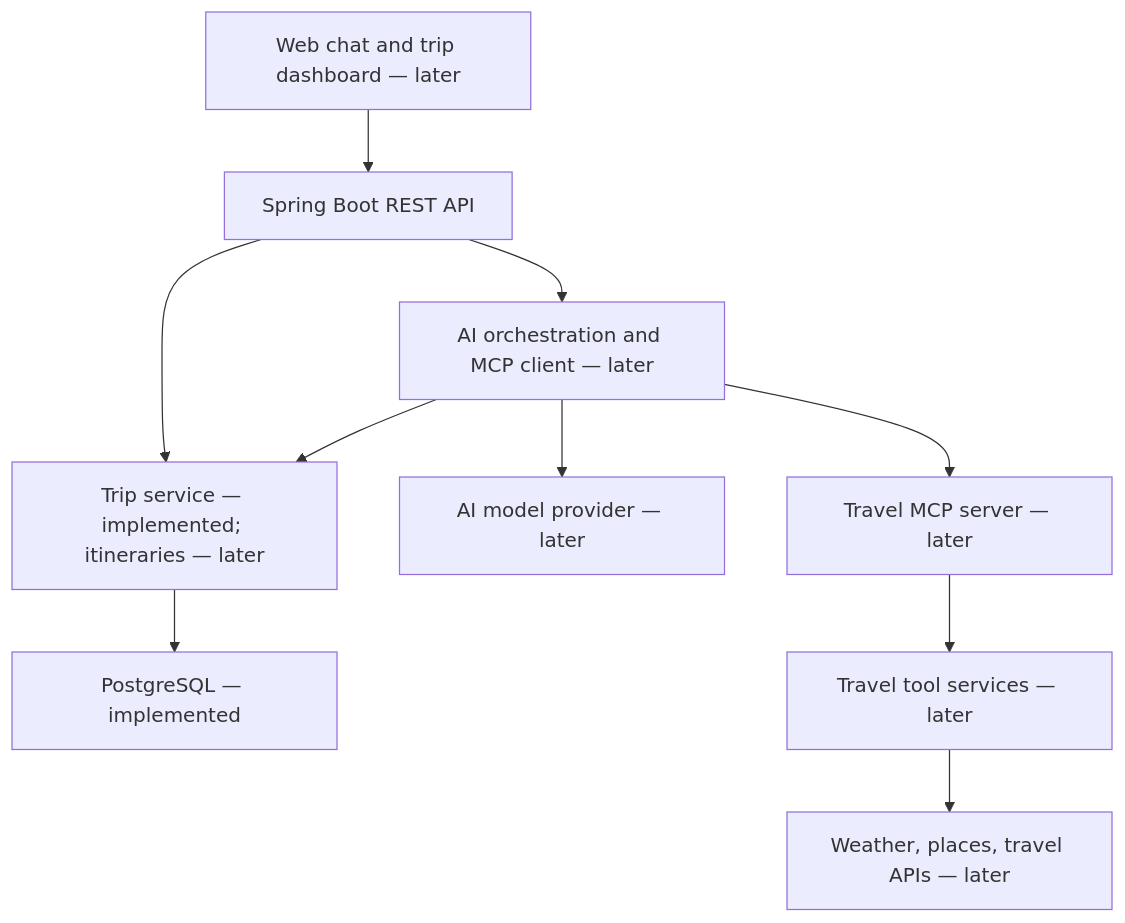
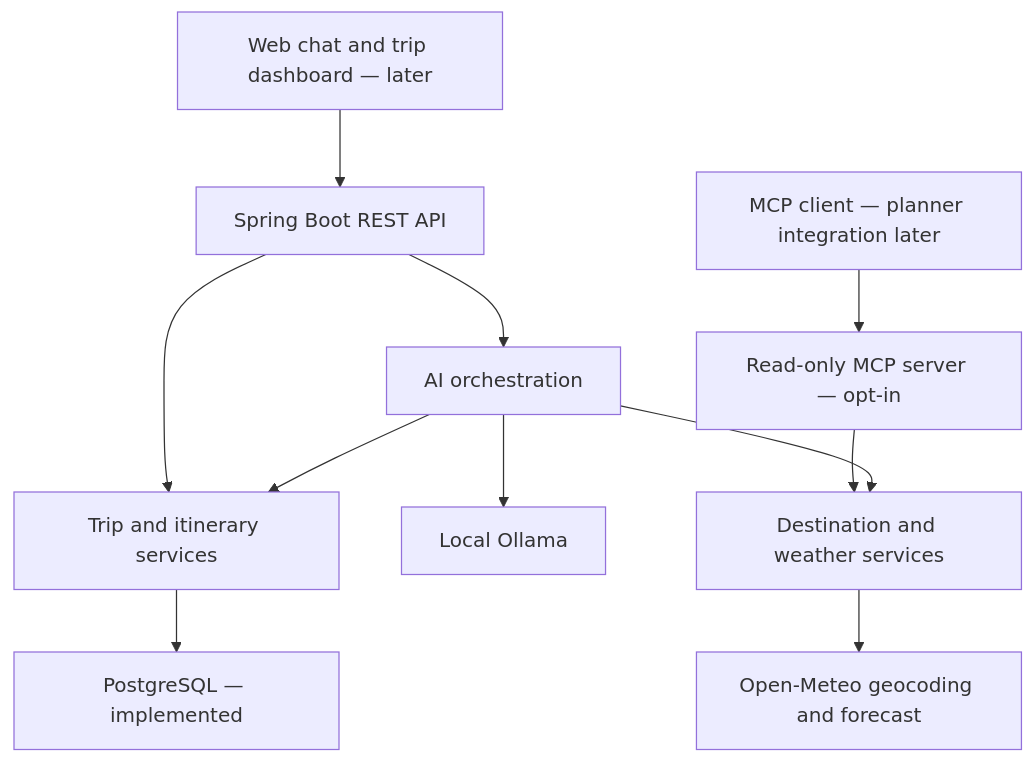
The diagram in docs/ARCHITECTURE.md (rounak120/ai-travel-planner), drawn with Mermaid before and after one commit. The commit also changed other lines of this file and 13 other files, not shown here.

Commit message:
Expose opt-in read-only travel MCP tools with local origin guards

````diff
--- a/docs/ARCHITECTURE.md
+++ b/docs/ARCHITECTURE.md
@@ -42,12 +43,13 @@
 ```mermaid
 flowchart TD
     UI["Web chat and trip dashboard — later"] --> API["Spring Boot REST API"]
-    API --> Trips["Trip service — implemented; itineraries — later"]
-    API --> AI["AI orchestration and MCP client — later"]
-    AI --> Model["AI model provider — later"]
+    API --> Trips["Trip and itinerary services"]
+    API --> AI["AI orchestration"]
+    AI --> Model["Local Ollama"]
     AI --> Trips
     Trips --> DB["PostgreSQL — implemented"]
-    AI --> MCP["Travel MCP server — later"]
-    MCP --> Tools["Travel tool services — later"]
-    Tools --> Providers["Weather, places, travel APIs — later"]
+    Client["MCP client — planner integration later"] --> MCP["Read-only MCP server — opt-in"]
+    MCP --> Tools["Destination and weather services"]
+    AI --> Tools
+    Tools --> Providers["Open-Meteo geocoding and forecast"]
 ```
````
